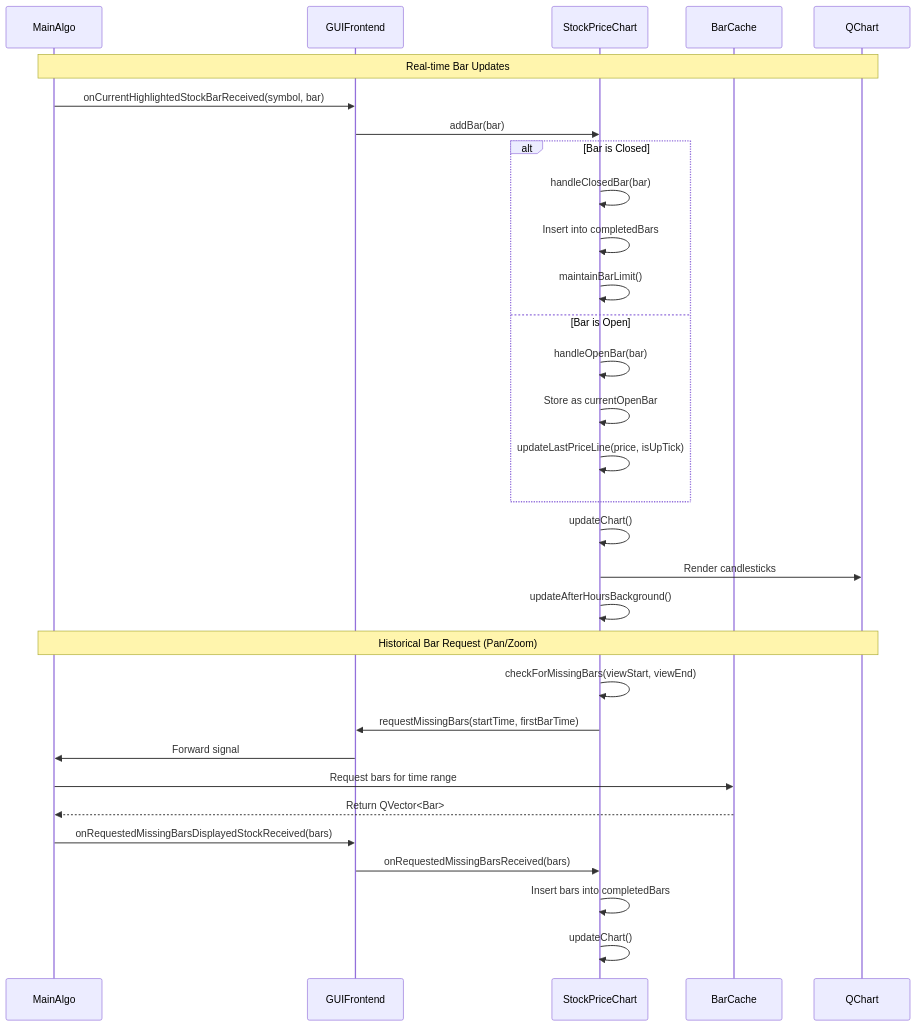
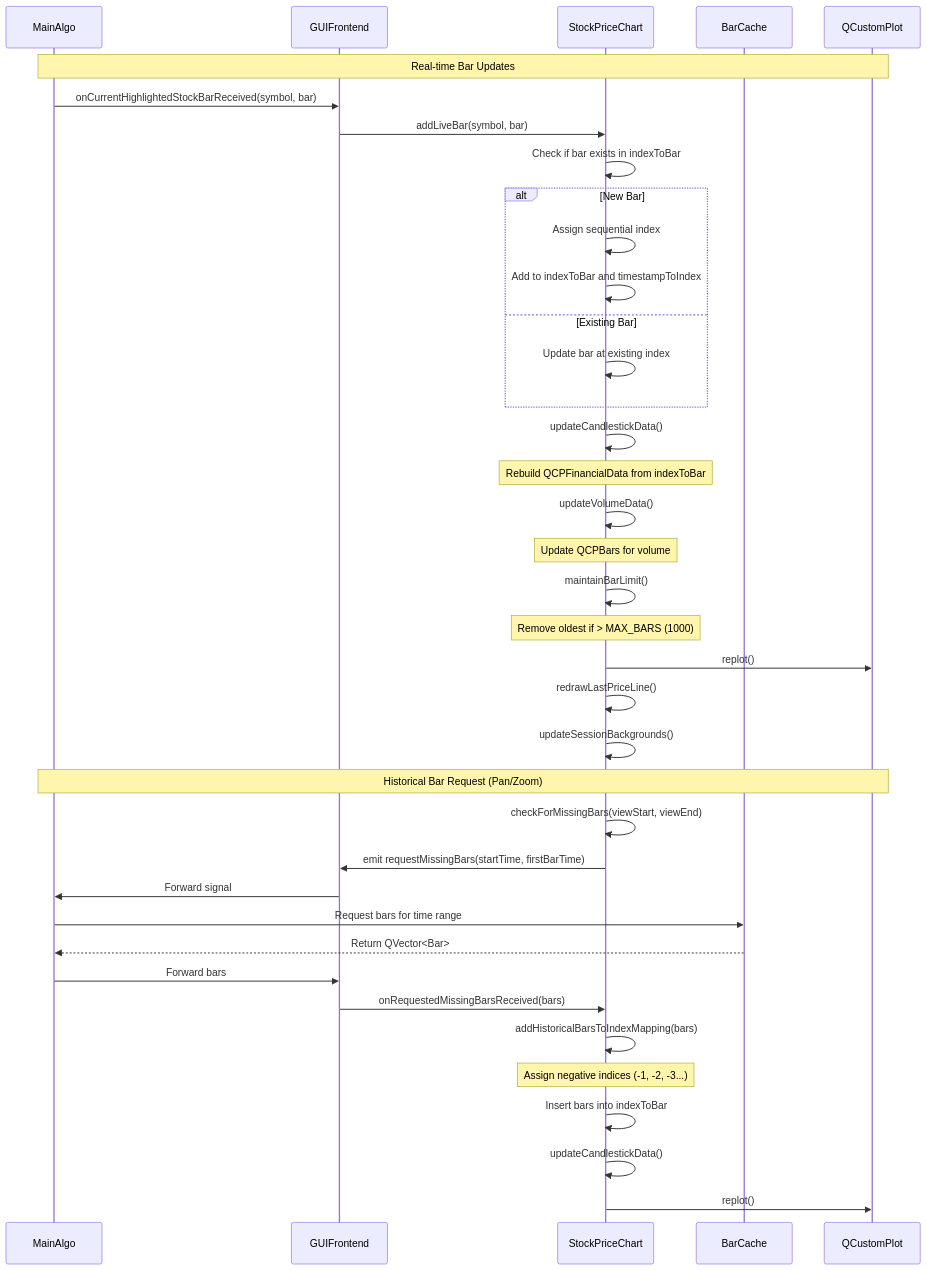
Before and after one commit to simonbeaudoin0935/OpenTraderPlatform: the second of 15 diagrams in Doc/StockPriceChart_Diagram.md, drawn with Mermaid. The commit also changed other lines of this file and 2 other files, not shown here.

Commit message:
Update ProgramSequence, StockPriceChart docs for qcustomplot, mark migration complete

````diff
--- a/Doc/StockPriceChart_Diagram.md
+++ b/Doc/StockPriceChart_Diagram.md
@@ -120,37 +167,48 @@
 ```mermaid
 sequenceDiagram
     participant MainAlgo
     participant GUIFrontend
     participant StockPriceChart
     participant BarCache
-    participant QChart
+    participant QCustomPlot
 
-    Note over MainAlgo,QChart: Real-time Bar Updates
+    Note over MainAlgo,QCustomPlot: Real-time Bar Updates
     MainAlgo->>GUIFrontend: onCurrentHighlightedStockBarReceived(symbol, bar)
-    GUIFrontend->>StockPriceChart: addBar(bar)
+    GUIFrontend->>StockPriceChart: addLiveBar(symbol, bar)
     
-    alt Bar is Closed
-        StockPriceChart->>StockPriceChart: handleClosedBar(bar)
-        StockPriceChart->>StockPriceChart: Insert into completedBars
-        StockPriceChart->>StockPriceChart: maintainBarLimit()
-    else Bar is Open
-        StockPriceChart->>StockPriceChart: handleOpenBar(bar)
-        StockPriceChart->>StockPriceChart: Store as currentOpenBar
-        StockPriceChart->>StockPriceChart: updateLastPriceLine(price, isUpTick)
+    StockPriceChart->>StockPriceChart: Check if bar exists in indexToBar
+    
+    alt New Bar
+        StockPriceChart->>StockPriceChart: Assign sequential index
+        StockPriceChart->>StockPriceChart: Add to indexToBar and timestampToIndex
+    else Existing Bar
+        StockPriceChart->>StockPriceChart: Update bar at existing index
     end
     
-    StockPriceChart->>StockPriceChart: updateChart()
-    StockPriceChart->>QChart: Render candlesticks
-    StockPriceChart->>StockPriceChart: updateAfterHoursBackground()
+    StockPriceChart->>StockPriceChart: updateCandlestickData()
+    Note over StockPriceChart: Rebuild QCPFinancialData from indexToBar
+    
+    StockPriceChart->>StockPriceChart: updateVolumeData()
+    Note over StockPriceChart: Update QCPBars for volume
+    
+    StockPriceChart->>StockPriceChart: maintainBarLimit()
+    Note over StockPriceChart: Remove oldest if > MAX_BARS (1000)
+    
+    StockPriceChart->>QCustomPlot: replot()
+    StockPriceChart->>StockPriceChart: redrawLastPriceLine()
+    StockPriceChart->>StockPriceChart: updateSessionBackgrounds()
 
-    Note over MainAlgo,QChart: Historical Bar Request (Pan/Zoom)
+    Note over MainAlgo,QCustomPlot: Historical Bar Request (Pan/Zoom)
     StockPriceChart->>StockPriceChart: checkForMissingBars(viewStart, viewEnd)
-    StockPriceChart->>GUIFrontend: requestMissingBars(startTime, firstBarTime)
+    StockPriceChart->>GUIFrontend: emit requestMissingBars(startTime, firstBarTime)
     GUIFrontend->>MainAlgo: Forward signal
     MainAlgo->>BarCache: Request bars for time range
     BarCache-->>MainAlgo: Return QVector<Bar>
-    MainAlgo->>GUIFrontend: onRequestedMissingBarsDisplayedStockReceived(bars)
+    MainAlgo->>GUIFrontend: Forward bars
     GUIFrontend->>StockPriceChart: onRequestedMissingBarsReceived(bars)
-    StockPriceChart->>StockPriceChart: Insert bars into completedBars
-    StockPriceChart->>StockPriceChart: updateChart()
+    StockPriceChart->>StockPriceChart: addHistoricalBarsToIndexMapping(bars)
+    Note over StockPriceChart: Assign negative indices (-1, -2, -3...)
+    StockPriceChart->>StockPriceChart: Insert bars into indexToBar
+    StockPriceChart->>StockPriceChart: updateCandlestickData()
+    StockPriceChart->>QCustomPlot: replot()
 ```
````
